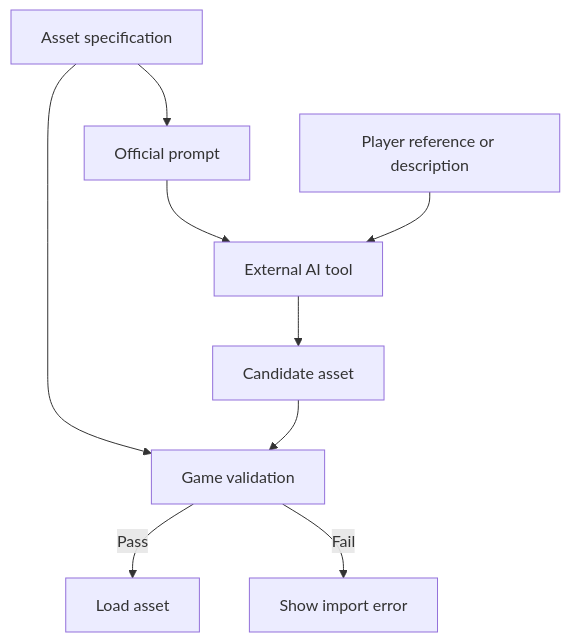
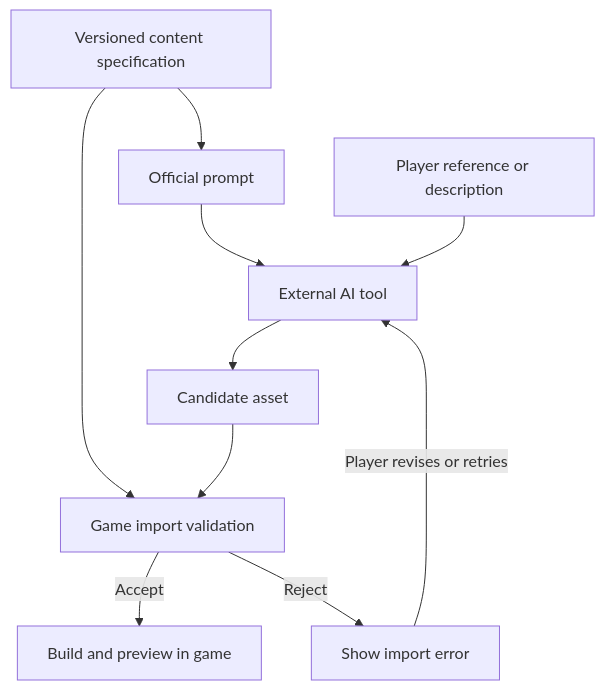
One commit to mizukidesuwa/standards-driven-ai-game-assets changed the diagram in README.md. Above: the diagram before and after it, drawn with Mermaid. The commit also changed other lines of this file, not shown here.

Commit message:
Reframe README around AI-assisted game UGC

````diff
--- a/README.md
+++ b/README.md
@@ -15,11 +15,12 @@
 ```mermaid
 flowchart TD
-    Spec["Asset specification"] --> Prompt["Official prompt"]
-    Spec --> Validation["Game validation"]
+    Spec["Versioned content specification"] --> Prompt["Official prompt"]
+    Spec --> Validate["Game import validation"]
     Prompt --> AI["External AI tool"]
     Input["Player reference or description"] --> AI
     AI --> Asset["Candidate asset"]
-    Asset --> Validation
-    Validation -->|Pass| Load["Load asset"]
-    Validation -->|Fail| Error["Show import error"]
+    Asset --> Validate
+    Validate -->|Accept| Preview["Build and preview in game"]
+    Validate -->|Reject| Error["Show import error"]
+    Error -->|Player revises or retries| AI
 ```
````
